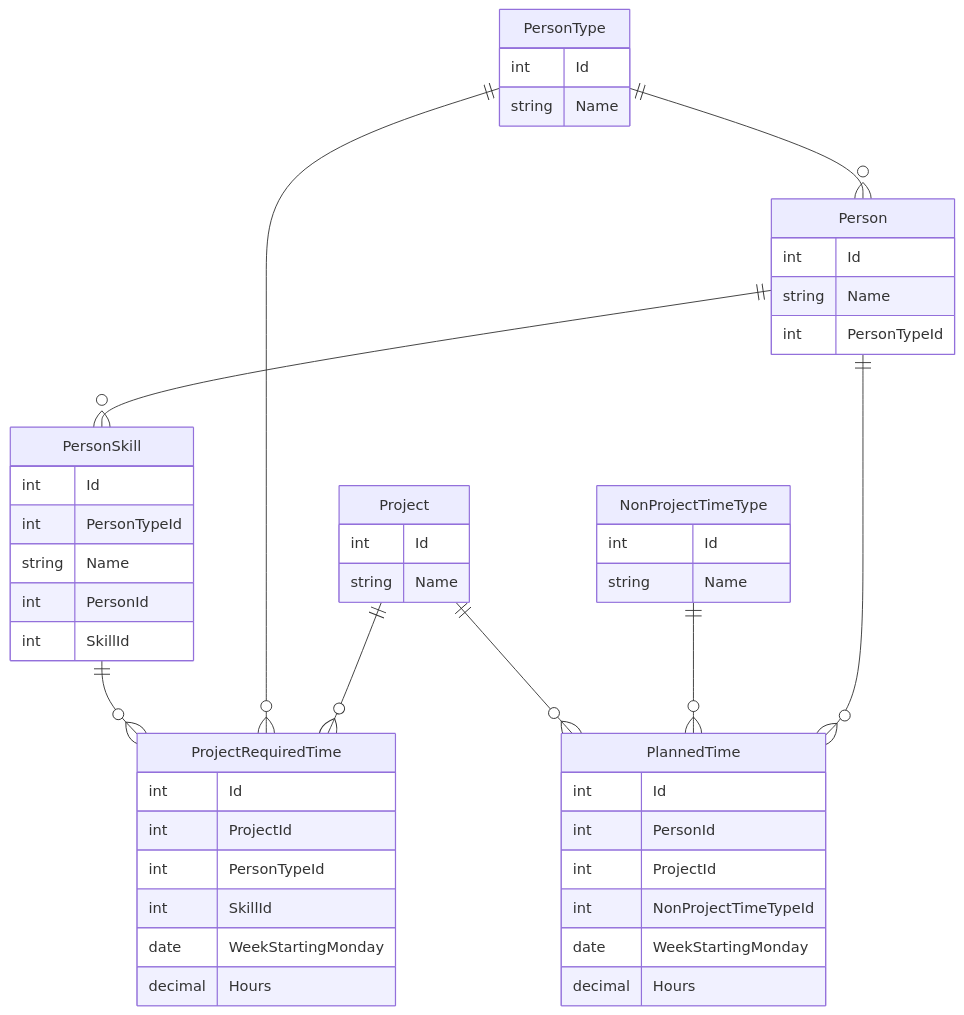
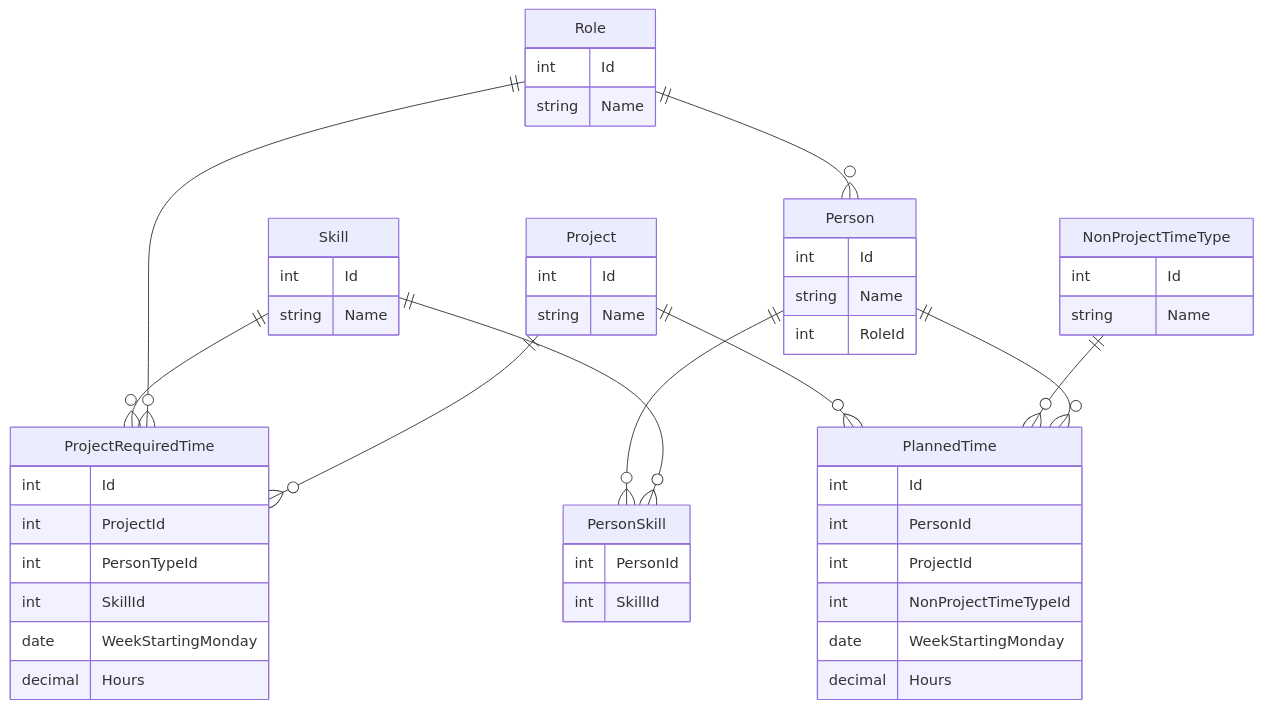
The diagram in README.md (MJeorrett/buoyancy-spike), drawn with Mermaid before and after one commit. The commit also changed 32 other files, not shown here.

````diff
--- a/README.md
+++ b/README.md
@@ -28,62 +28,62 @@
 ```mermaid
 erDiagram
 
 Project {
     int Id
     string Name
 }
 
-PersonType {
+Role {
     int Id
     string Name
 }
 
-PersonSkill {
+Skill {
     int Id
-    int PersonTypeId
     string Name
 }
 
 ProjectRequiredTime {
     int Id
     int ProjectId
     int PersonTypeId
     int SkillId
     date WeekStartingMonday
     decimal Hours
 }
 
 Person {
     int Id
     string Name
-    int PersonTypeId
+    int RoleId
 }
 
 PersonSkill {
     int PersonId
     int SkillId
 }
 
 NonProjectTimeType {
     int Id
     string Name
 }
 
 PlannedTime {
     int Id
     int PersonId
     int ProjectId
     int NonProjectTimeTypeId
     date WeekStartingMonday
     decimal Hours
 }
 
 Project ||--o{ ProjectRequiredTime : ""
-PersonType ||--o{ Person: ""
-PersonType ||--o{ ProjectRequiredTime: ""
-PersonSkill ||--o{ ProjectRequiredTime: ""
+Role ||--o{ Person: ""
+Role ||--o{ ProjectRequiredTime: ""
+Skill ||--o{ ProjectRequiredTime: ""
+Skill ||--o{ PersonSkill: ""
 Person ||--o{ PersonSkill: ""
 Person ||--o{ PlannedTime: ""
 NonProjectTimeType ||--o{ PlannedTime: ""
 Project ||--o{ PlannedTime: ""
 ```
````
